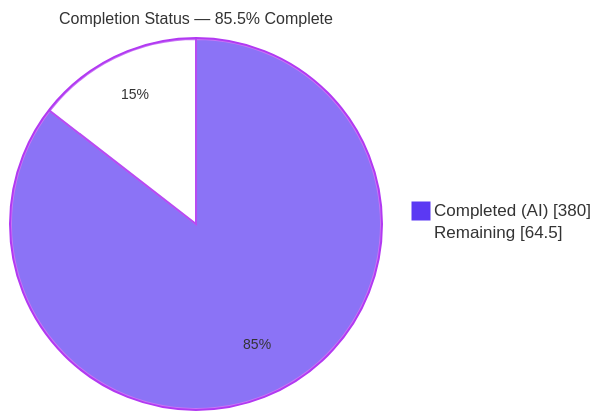
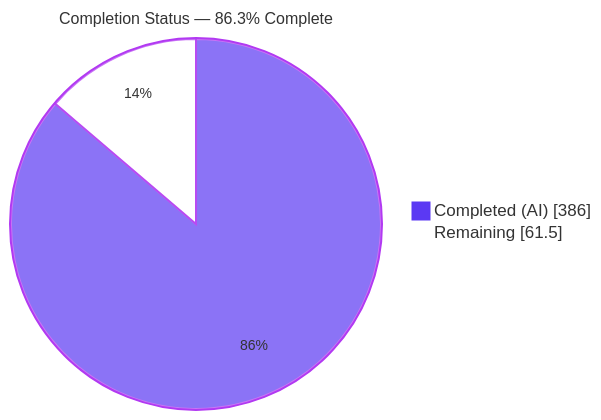
One commit to blitzy-public-samples/freeswitch changed the first of 4 diagrams in blitzy/documentation/Project Guide.md. Above: the diagram before and after it, drawn with Mermaid. The commit also changed other lines of this file and 3 other files, not shown here.

````diff
--- a/blitzy/documentation/Project Guide.md
+++ b/blitzy/documentation/Project Guide.md
@@ -20,6 +20,6 @@
 ```mermaid
 %%{init: {"theme":"base","themeVariables":{"pie1":"#5B39F3","pie2":"#FFFFFF","pieStrokeColor":"#B23AF2","pieStrokeWidth":"2px","pieOuterStrokeColor":"#B23AF2","pieTitleTextSize":"16px","pieSectionTextSize":"14px"}}}%%
-pie showData title Completion Status — 85.5% Complete
-    "Completed (AI)" : 380
-    "Remaining" : 64.5
+pie showData title Completion Status — 86.3% Complete
+    "Completed (AI)" : 386
+    "Remaining" : 61.5
 ```
````
